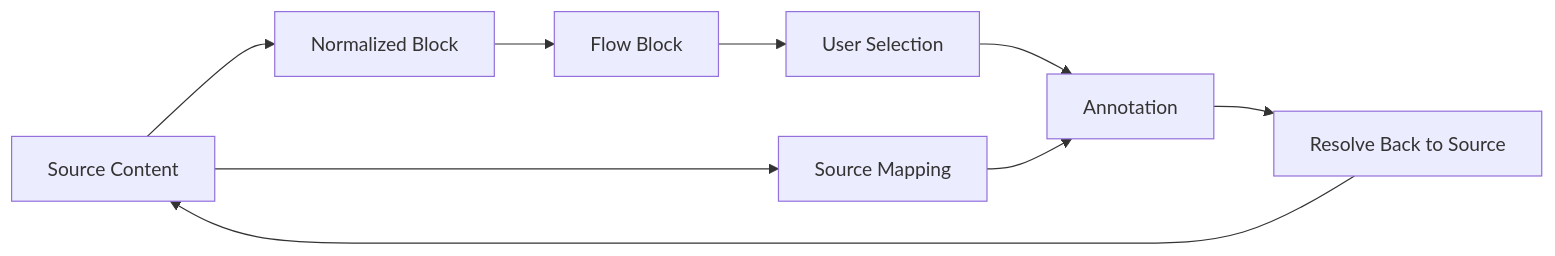
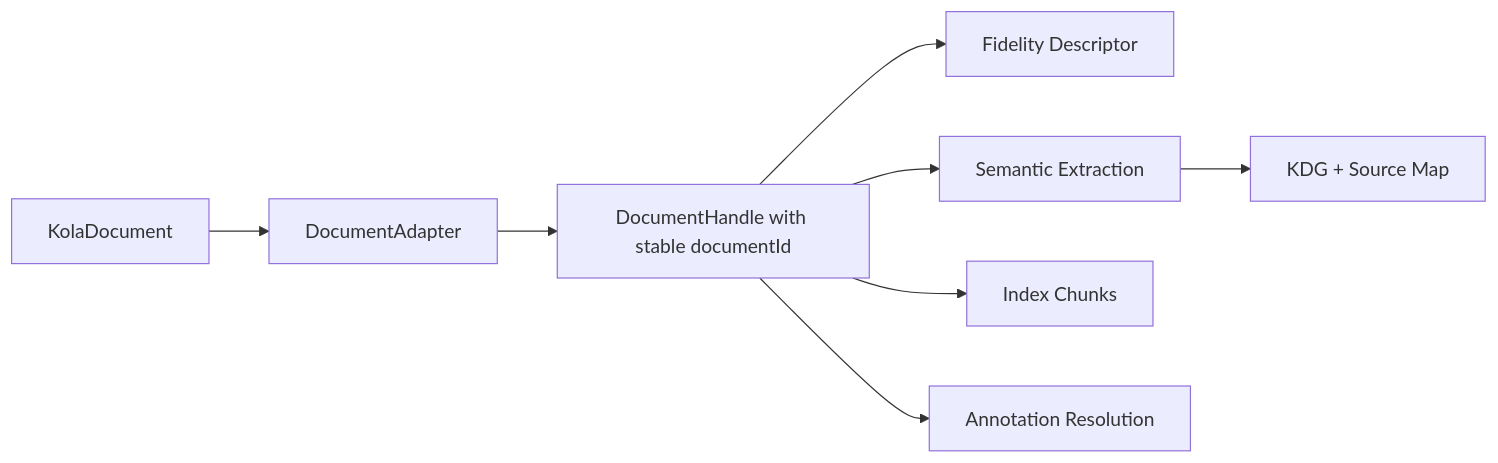
Before and after one commit to aaditya140103/kola: the fifth of 11 diagrams in docs/PROJECT_GRAPH.md, drawn with Mermaid. The commit also changed other lines of this file, not shown here.

Commit message:
docs: update compact architecture graph for pdf reader

````diff
--- a/docs/PROJECT_GRAPH.md
+++ b/docs/PROJECT_GRAPH.md
@@ -139,16 +132,17 @@
 ```mermaid
 flowchart LR
-    S[Source Content]
-    B[Normalized Block]
-    M[Source Mapping]
-    F[Flow Block]
-    Sel[User Selection]
-    A[Annotation]
-    Back[Resolve Back to Source]
+    Doc[KolaDocument]
+    Adapter[DocumentAdapter]
+    Handle[DocumentHandle with stable documentId]
+    Fidelity[Fidelity Descriptor]
+    Extract[Semantic Extraction]
+    Graph[KDG + Source Map]
+    Index[Index Chunks]
+    Resolve[Annotation Resolution]
 
-    S --> B
-    S --> M
-    B --> F --> Sel --> A
-    M --> A
-    A --> Back --> S
+    Doc --> Adapter --> Handle
+    Handle --> Fidelity
+    Handle --> Extract --> Graph
+    Handle --> Index
+    Handle --> Resolve
 ```
````
